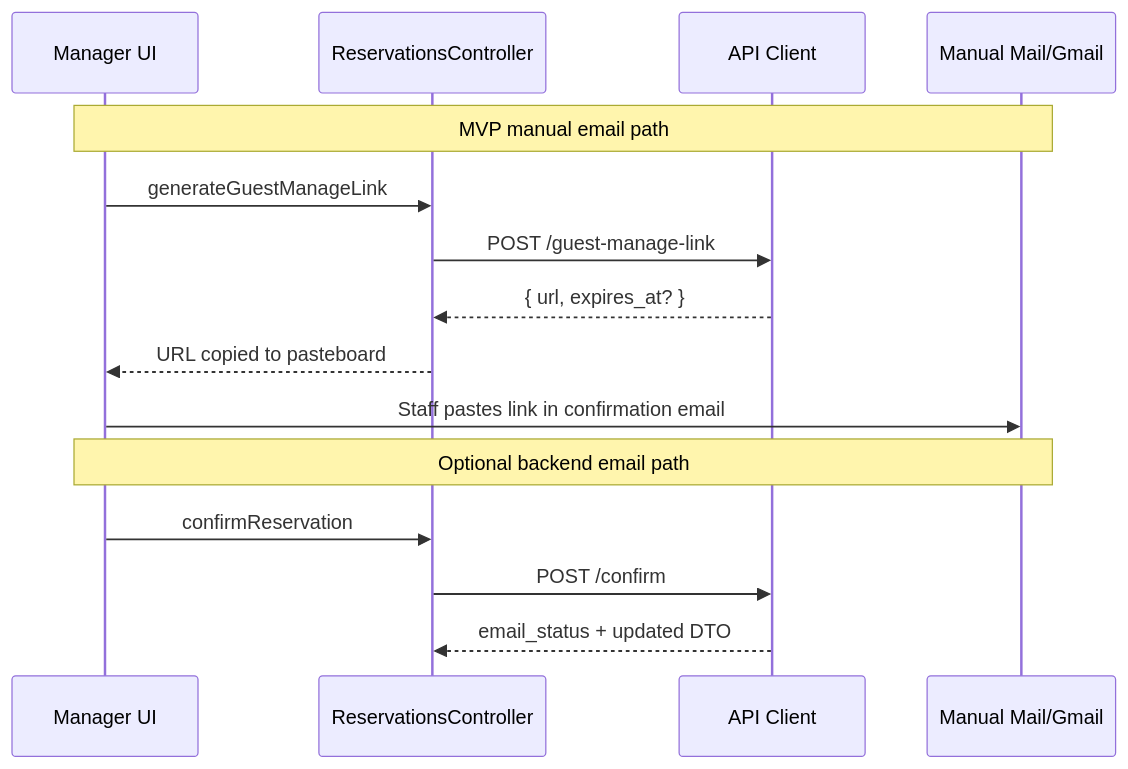
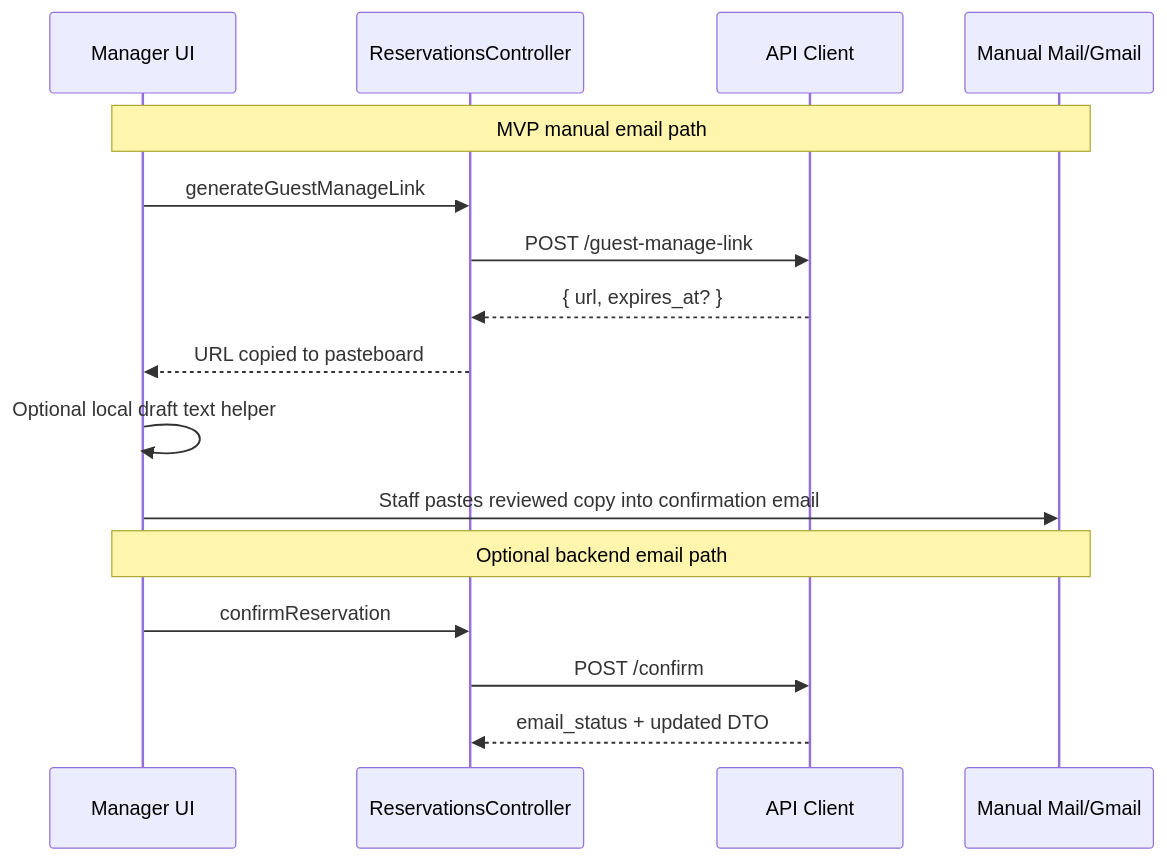
Before and after one commit to bohdan462/Reservation-iOS-App: the ninth of 11 diagrams in ARCHITECTURE_DIAGRAMS.md, drawn with Mermaid. The commit also changed other lines of this file and 12 other files, not shown here.

````diff
--- a/ARCHITECTURE_DIAGRAMS.md
+++ b/ARCHITECTURE_DIAGRAMS.md
@@ -341,19 +356,20 @@
 ```mermaid
 sequenceDiagram
     participant M as Manager UI
     participant C as ReservationsController
     participant API as API Client
     participant Mail as Manual Mail/Gmail
 
     Note over M,Mail: MVP manual email path
     M->>C: generateGuestManageLink
     C->>API: POST /guest-manage-link
     API-->>C: { url, expires_at? }
     C-->>M: URL copied to pasteboard
-    M->>Mail: Staff pastes link in confirmation email
+    M->>M: Optional local draft text helper
+    M->>Mail: Staff pastes reviewed copy into confirmation email
 
     Note over M,Mail: Optional backend email path
     M->>C: confirmReservation
     C->>API: POST /confirm
     API-->>C: email_status + updated DTO
 ```
````
